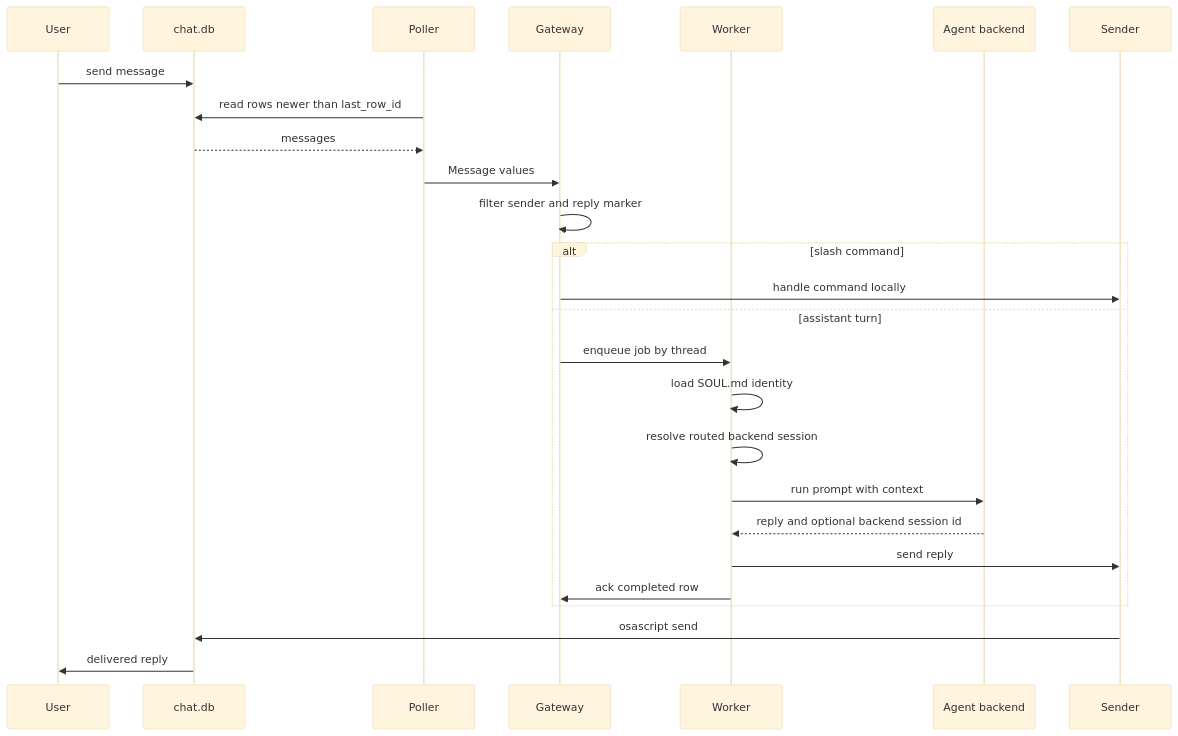
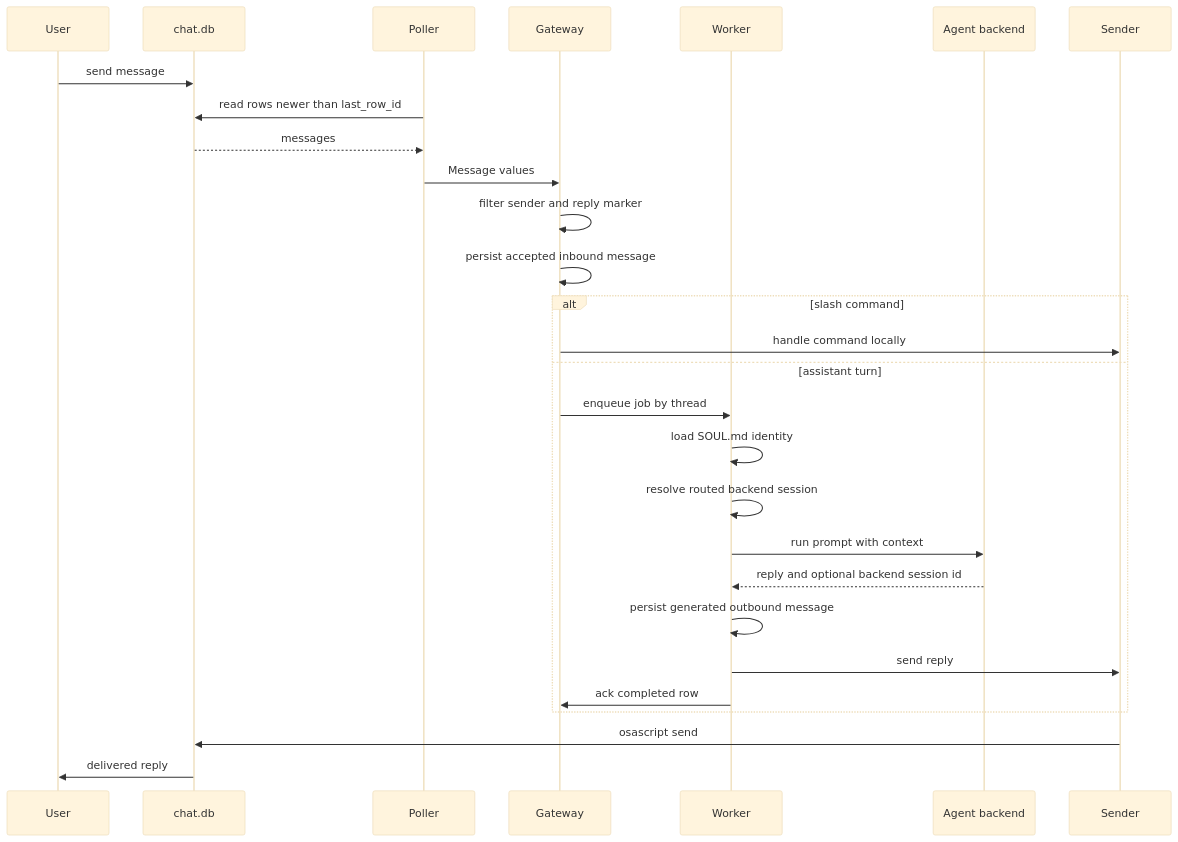
One commit to edheltzel/Relay changed the second of 2 diagrams in docs/architecture.md. Above: the diagram before and after it, drawn with Mermaid (base theme). The commit also changed other lines of this file and 11 other files, not shown here.

````diff
--- a/docs/architecture.md
+++ b/docs/architecture.md
@@ -80,29 +82,31 @@
 ```mermaid
 sequenceDiagram
     participant U as User
     participant DB as chat.db
     participant P as Poller
     participant G as Gateway
     participant W as Worker
     participant A as Agent backend
     participant S as Sender
 
     U->>DB: send message
     P->>DB: read rows newer than last_row_id
     DB-->>P: messages
     P->>G: Message values
     G->>G: filter sender and reply marker
+    G->>G: persist accepted inbound message
     alt slash command
         G->>S: handle command locally
     else assistant turn
         G->>W: enqueue job by thread
         W->>W: load SOUL.md identity
         W->>W: resolve routed backend session
         W->>A: run prompt with context
         A-->>W: reply and optional backend session id
+        W->>W: persist generated outbound message
         W->>S: send reply
         W->>G: ack completed row
     end
     S->>DB: osascript send
     DB->>U: delivered reply
 ```
````
